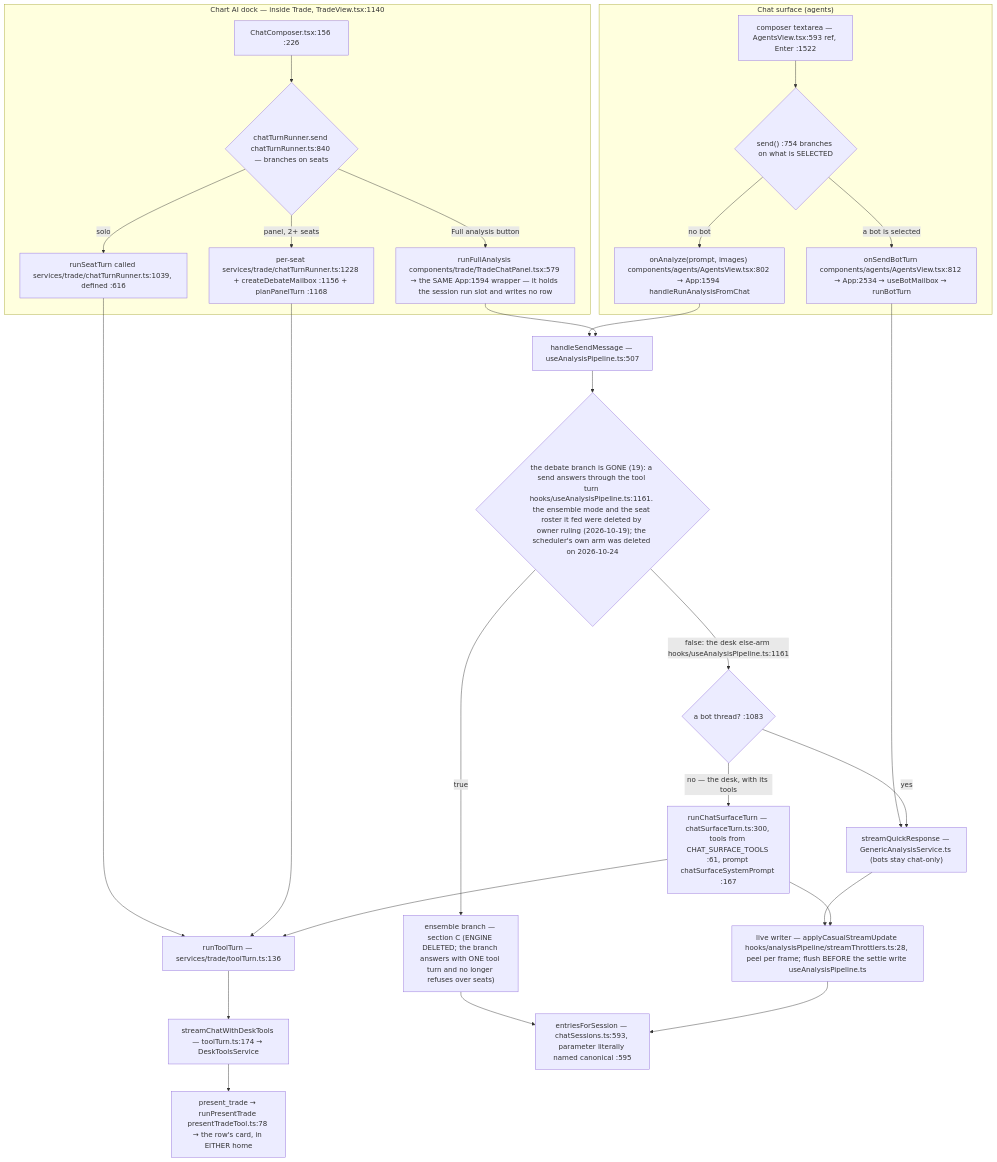
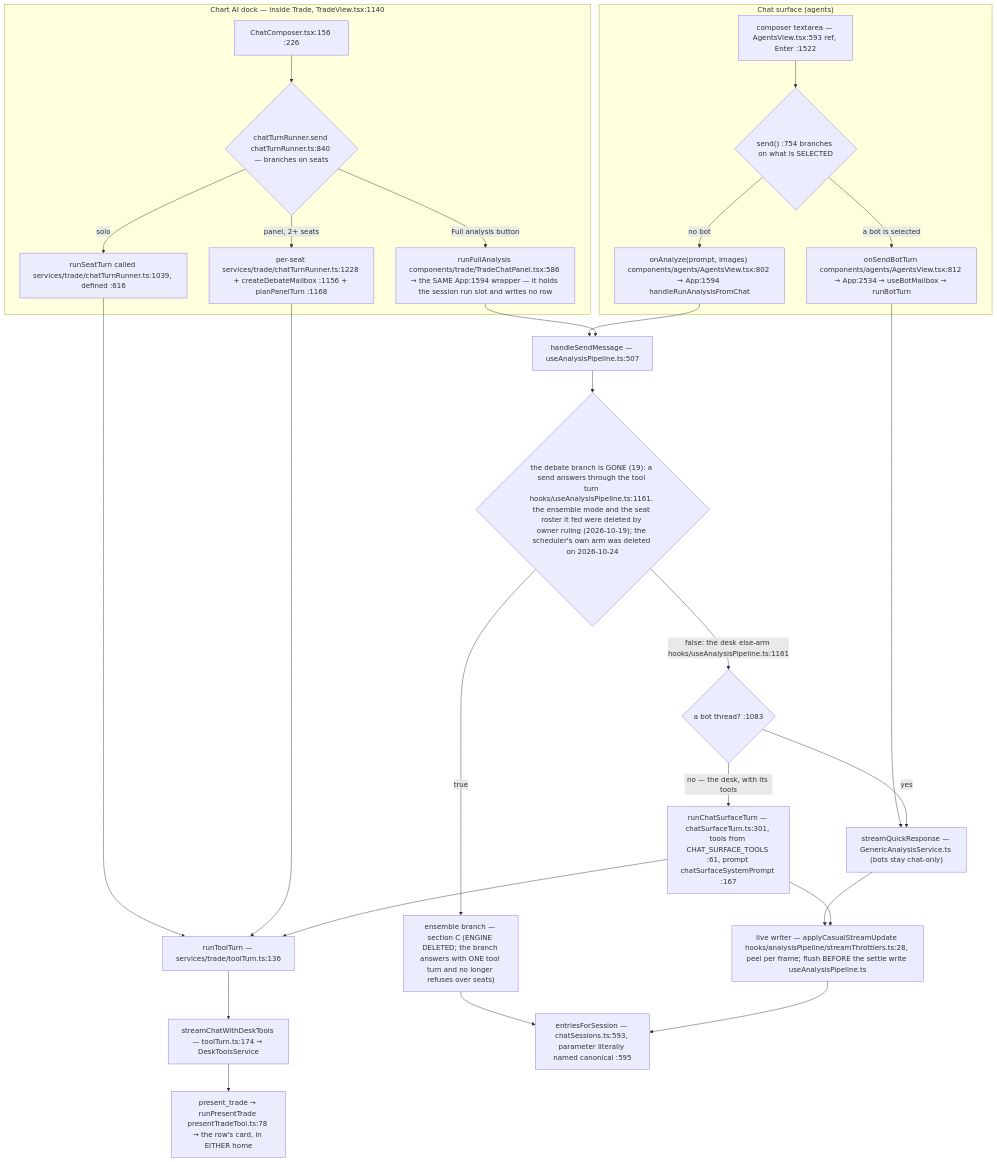
Before and after one commit to Acepay25/august-3.5: the second of 8 diagrams in docs/app-flow.md, drawn with Mermaid. The commit also changed other lines of this file and 2 other files, not shown here.

````diff
--- a/docs/app-flow.md
+++ b/docs/app-flow.md
@@ -78,31 +78,31 @@
 ```mermaid
 flowchart TD
     subgraph CHAT["Chat surface (agents)"]
         CB["composer textarea — AgentsView.tsx:593 ref, Enter :1522"] --> D1{"send() :754 branches on what is SELECTED"}
         D1 -->|a bot is selected| BOT["onSendBotTurn components/agents/AgentsView.tsx:812 → App:2534 → useBotMailbox → runBotTurn"]
         D1 -->|no bot| AN["onAnalyze(prompt, images) components/agents/AgentsView.tsx:802 → App:1594 handleRunAnalysisFromChat"]
     end
     subgraph DOCK["Chart AI dock — inside Trade, TradeView.tsx:1140"]
         DC["ChatComposer.tsx:156 :226"] --> D2{"chatTurnRunner.send chatTurnRunner.ts:840 — branches on seats"}
         D2 -->|solo| SO["runSeatTurn called services/trade/chatTurnRunner.ts:1039, defined :616"]
         D2 -->|panel, 2+ seats| PN["per-seat services/trade/chatTurnRunner.ts:1228 + createDebateMailbox :1156 + planPanelTurn :1168"]
-        D2 -->|Full analysis button| FA["runFullAnalysis components/trade/TradeChatPanel.tsx:579 → the SAME App:1594 wrapper — it holds the session run slot and writes no row"]
+        D2 -->|Full analysis button| FA["runFullAnalysis components/trade/TradeChatPanel.tsx:586 → the SAME App:1594 wrapper — it holds the session run slot and writes no row"]
     end
     SO --> TT["runToolTurn — services/trade/toolTurn.ts:136"]
     PN --> TT
     TT --> SCDT["streamChatWithDeskTools — toolTurn.ts:174 → DeskToolsService"]
     BOT --> TR["streamQuickResponse — GenericAnalysisService.ts (bots stay chat-only)"]
     AN --> HSM["handleSendMessage — useAnalysisPipeline.ts:507"]
     FA --> HSM
     HSM --> D3{"the debate branch is GONE (19): a send answers through the tool turn hooks/useAnalysisPipeline.ts:1161. the ensemble mode and the seat roster it fed were deleted by owner ruling (2026-10-19); the scheduler's own arm was deleted on 2026-10-24"}
     D3 -->|true| ENS["ensemble branch — section C (ENGINE DELETED; the branch answers with ONE tool turn and no longer refuses over seats)"]
     D3 -->|false: the desk else-arm hooks/useAnalysisPipeline.ts:1161| SPLIT{"a bot thread? :1083"}
     SPLIT -->|yes| TR
-    SPLIT -->|no — the desk, with its tools| CST["runChatSurfaceTurn — chatSurfaceTurn.ts:300, tools from CHAT_SURFACE_TOOLS :61, prompt chatSurfaceSystemPrompt :167"]
+    SPLIT -->|no — the desk, with its tools| CST["runChatSurfaceTurn — chatSurfaceTurn.ts:301, tools from CHAT_SURFACE_TOOLS :61, prompt chatSurfaceSystemPrompt :167"]
     CST --> TT
     TR --> LW["live writer — applyCasualStreamUpdate hooks/analysisPipeline/streamThrottlers.ts:28, peel per frame; flush BEFORE the settle write useAnalysisPipeline.ts"]
     CST --> LW
     ENS --> MERGE
     LW --> MERGE["entriesForSession — chatSessions.ts:593, parameter literally named canonical :595"]
     SCDT --> PT["present_trade → runPresentTrade presentTradeTool.ts:78 → the row's card, in EITHER home"]
 ```
````
